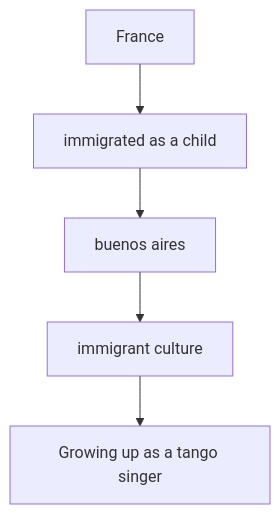
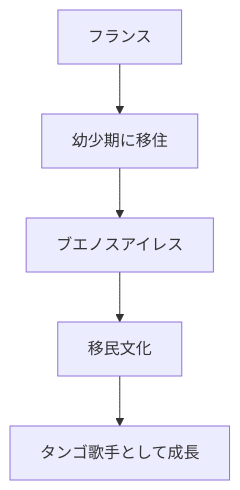
One commit to monumental-movement/monumental-movement.github.io changed the first of 6 diagrams in en/_posts/2026-05-16-column-carlos-gardel.md. Above: the diagram before and after it, drawn with Mermaid. The commit also changed other lines of this file and 2196 other files, not shown here.

```diff
--- a/en/_posts/2026-05-16-column-carlos-gardel.md
+++ b/en/_posts/2026-05-16-column-carlos-gardel.md
@@ -58,7 +57,7 @@
 <div class="mermaid">
 graph TD
-A[France] --> B[immigrated as a child]
-B --> C[buenos aires]
-C --> D[immigrant culture]
-D --> E[Growing up as a tango singer]
+A[フランス] --> B[幼少期に移住]
+B --> C[ブエノスアイレス]
+C --> D[移民文化]
+D --> E[タンゴ歌手として成長]
 </div>
```
